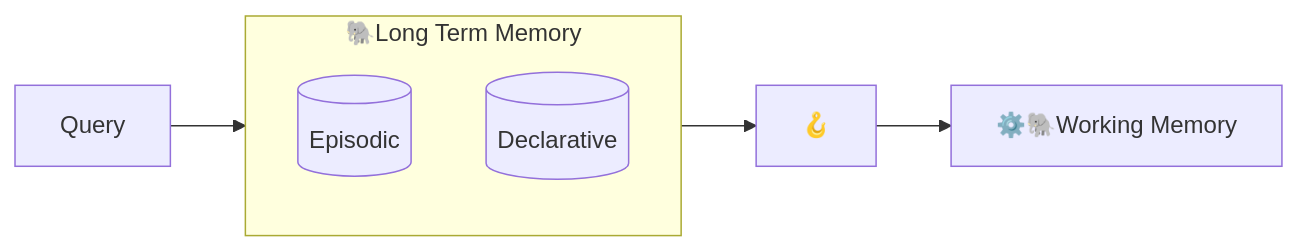
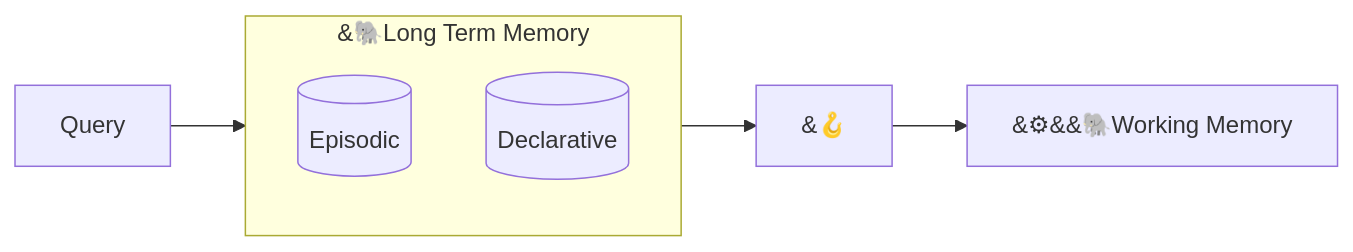
One commit to cheshire-cat-ai/docs changed the diagram in mkdocs/conceptual/memory/long_term_memory.md. Above: the diagram before and after it, drawn with Mermaid. The commit also changed other lines of this file and 19 other files, not shown here.

````diff
--- a/mkdocs/conceptual/memory/long_term_memory.md
+++ b/mkdocs/conceptual/memory/long_term_memory.md
@@ -19,11 +19,11 @@
 ```mermaid
 flowchart LR
-    subgraph LTM ["🐘Long Term Memory"]
+    subgraph LTM ["&#128024;Long Term Memory"]
             direction TB
             C[(Episodic)];
             D[(Declarative)];
     end
     A[Query] --> LTM; 
-    LTM --> E["🪝"];
-    E["🪝"] --> wm["⚙️🐘Working Memory"];
+    LTM --> E["&#129693;"];
+    E["&#129693;"] --> wm["&#9881;&#65039;&#128024;Working Memory"];
 ```
````
